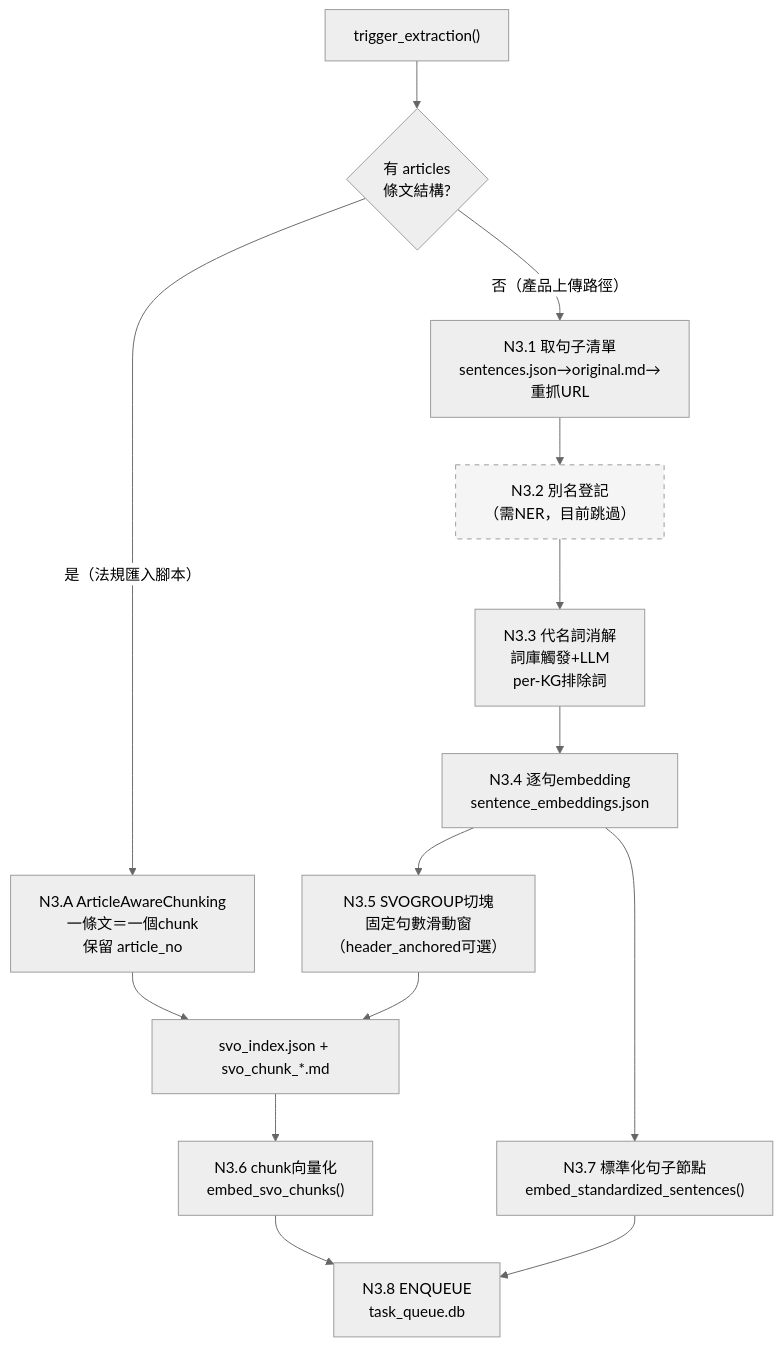
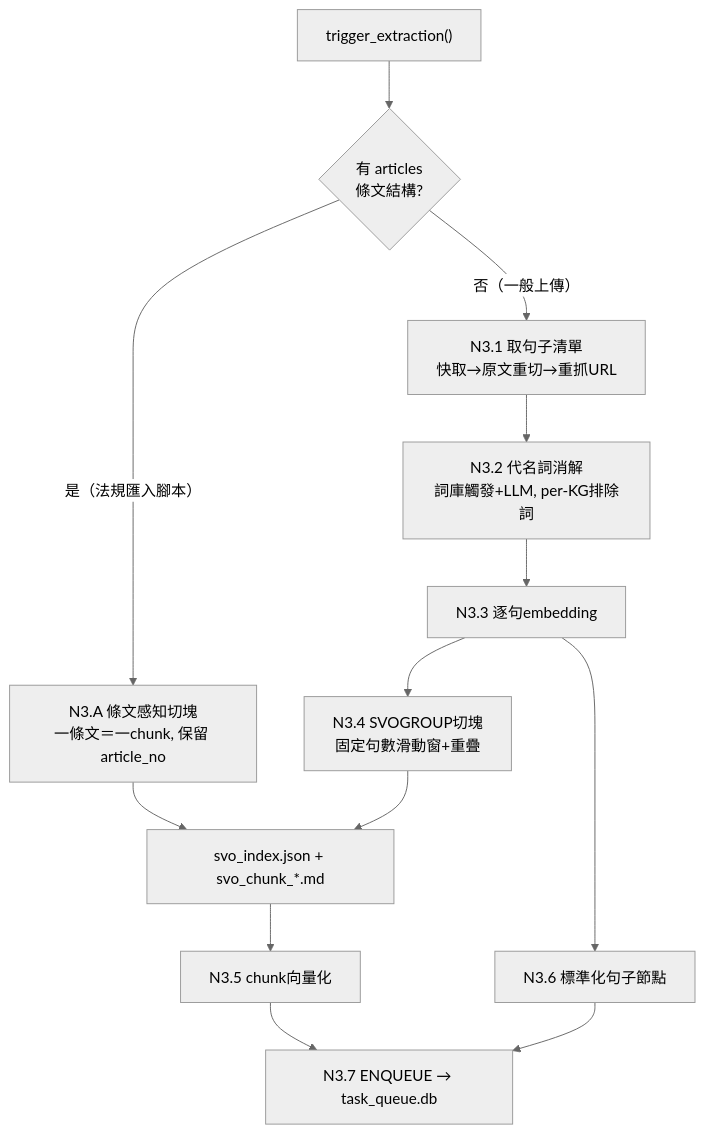
The fourth of 13 diagrams in docs/報告/95_專案節點流程總覽與設計說明.md (Chester930/world-knowledge-graph-rag), drawn with Mermaid (neutral theme) before and after one commit. The commit also changed other lines of this file and 1 other file, not shown here.

````diff
--- a/docs/報告/95_專案節點流程總覽與設計說明.md
+++ b/docs/報告/95_專案節點流程總覽與設計說明.md
@@ -193,18 +174,13 @@
 ```mermaid
 flowchart TD
     T["trigger_extraction()"] --> Q{"有 articles<br/>條文結構?"}
-    Q -- "是（法規匯入腳本）" --> AA["N3.A ArticleAwareChunking<br/>一條文＝一個chunk<br/>保留 article_no"]
-    Q -- "否（產品上傳路徑）" --> G1["N3.1 取句子清單<br/>sentences.json→original.md→重抓URL"]
-    G1 --> G2["N3.2 別名登記<br/>（需NER，目前跳過）"]:::stub
-    G2 --> G3["N3.3 代名詞消解<br/>詞庫觸發+LLM<br/>per-KG排除詞"]
-    G3 --> G4["N3.4 逐句embedding<br/>sentence_embeddings.json"]
-    G4 --> G5["N3.5 SVOGROUP切塊<br/>固定句數滑動窗<br/>（header_anchored可選）"]
-    AA --> W["svo_index.json + svo_chunk_*.md"]
-    G5 --> W
-    W --> E1["N3.6 chunk向量化<br/>embed_svo_chunks()"]
-    G4 --> E2["N3.7 標準化句子節點<br/>embed_standardized_sentences()"]
-    E1 --> EQ["N3.8 ENQUEUE<br/>task_queue.db"]
-    E2 --> EQ
-
-    classDef stub stroke-dasharray: 5 5,fill:#f5f5f5
+    Q -- "是（法規匯入腳本）" --> AA["N3.A 條文感知切塊<br/>一條文＝一chunk, 保留 article_no"]
+    Q -- "否（一般上傳）" --> G1["N3.1 取句子清單<br/>快取→原文重切→重抓URL"]
+    G1 --> G3["N3.2 代名詞消解<br/>詞庫觸發+LLM, per-KG排除詞"]
+    G3 --> G4["N3.3 逐句embedding"]
+    G4 --> G5["N3.4 SVOGROUP切塊<br/>固定句數滑動窗+重疊"]
+    AA & G5 --> W["svo_index.json + svo_chunk_*.md"]
+    W --> E1["N3.5 chunk向量化"]
+    G4 --> E2["N3.6 標準化句子節點"]
+    E1 & E2 --> EQ["N3.7 ENQUEUE → task_queue.db"]
 ```
````
